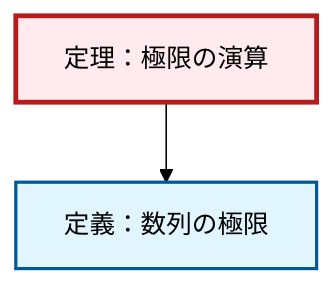
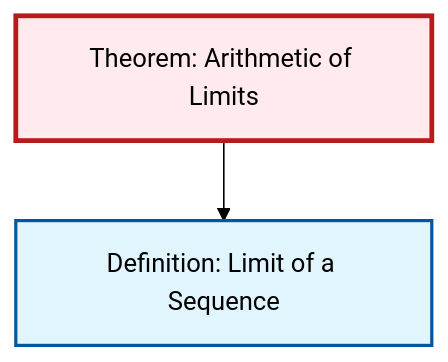
One commit to RK0429/ModernMath changed the diagram in content/ja/analysis/thm-limit-arithmetic.qmd. Above: the diagram before and after it, drawn with Mermaid (forest theme). The commit also changed 203 other files, not shown here.

````diff
--- a/content/ja/analysis/thm-limit-arithmetic.qmd
+++ b/content/ja/analysis/thm-limit-arithmetic.qmd
@@ -58,15 +58,13 @@
 ```{mermaid}
-%%| fig-cap: "局所的な依存関係グラフ"
+%%| fig-cap: "Local dependency graph"
 graph TD
     classDef definition fill:#e1f5fe,stroke:#01579b,stroke-width:2px
     classDef theorem fill:#f3e5f5,stroke:#4a148c,stroke-width:2px
     classDef axiom fill:#fff3e0,stroke:#e65100,stroke-width:2px
     classDef example fill:#e8f5e9,stroke:#1b5e20,stroke-width:2px
     classDef current fill:#ffebee,stroke:#b71c1c,stroke-width:3px
-    thm-limit-arithmetic["定理：極限の演算"]:::theorem
-    def-limit["定義：数列の極限"]:::definition
+    def-limit["Definition: Limit of a Sequence"]:::definition
+    thm-limit-arithmetic["Theorem: Arithmetic of Limits"]:::theorem
     thm-limit-arithmetic --> def-limit
     class thm-limit-arithmetic current
-
-    click def-limit "def-limit.html" "Go to 定義：数列の極限"
 ```
````
